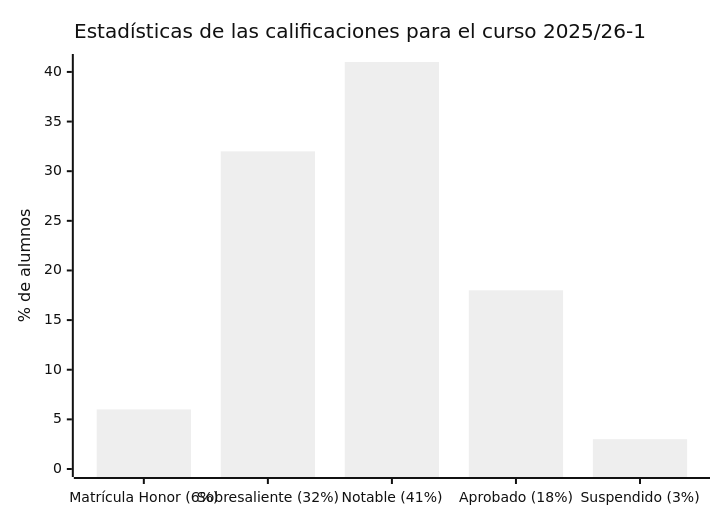
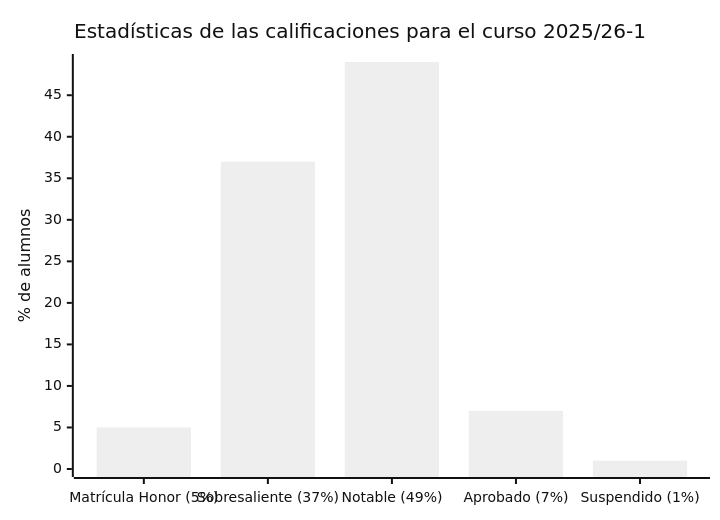
The diagram in grafos_y_complejidad/README.md (HenestrosaDev/uoc-ingenieria-informatica), drawn with Mermaid (neutral theme) before and after one commit. The commit also changed other lines of this file, not shown here.

Commit message:
GRF: Actualiza estadísticas y código de la asignatura

````diff
--- a/grafos_y_complejidad/README.md
+++ b/grafos_y_complejidad/README.md
@@ -11,7 +12,7 @@
 ```mermaid
 xychart-beta
 		title "Estadísticas de las calificaciones para el curso 2025/26-1"
-		x-axis ["Matrícula Honor (6%)", "Sobresaliente (32%)", "Notable (41%)", "Aprobado (18%)", "Suspendido (3%)"]
-		y-axis "% de alumnos" 0 --> 41
-		bar [6, 32, 41, 18, 3]
+		x-axis ["Matrícula Honor (5%)", "Sobresaliente (37%)", "Notable (49%)", "Aprobado (7%)", "Suspendido (1%)"]
+		y-axis "% de alumnos" 0 --> 49
+		bar [5, 37, 49, 7, 1]
 ```
````
